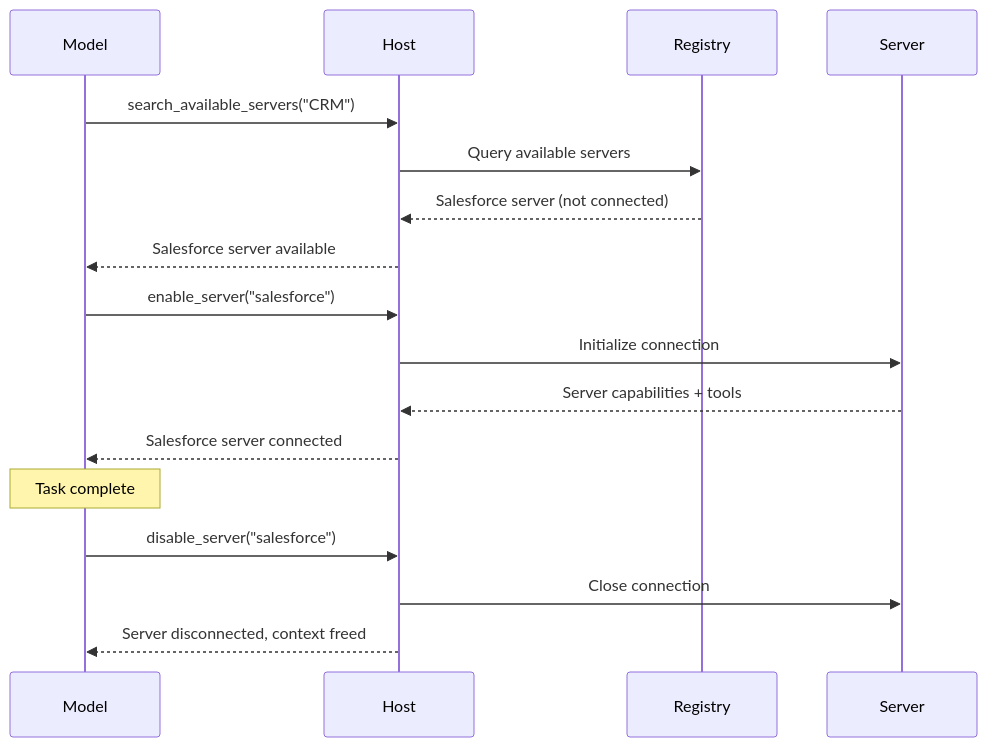
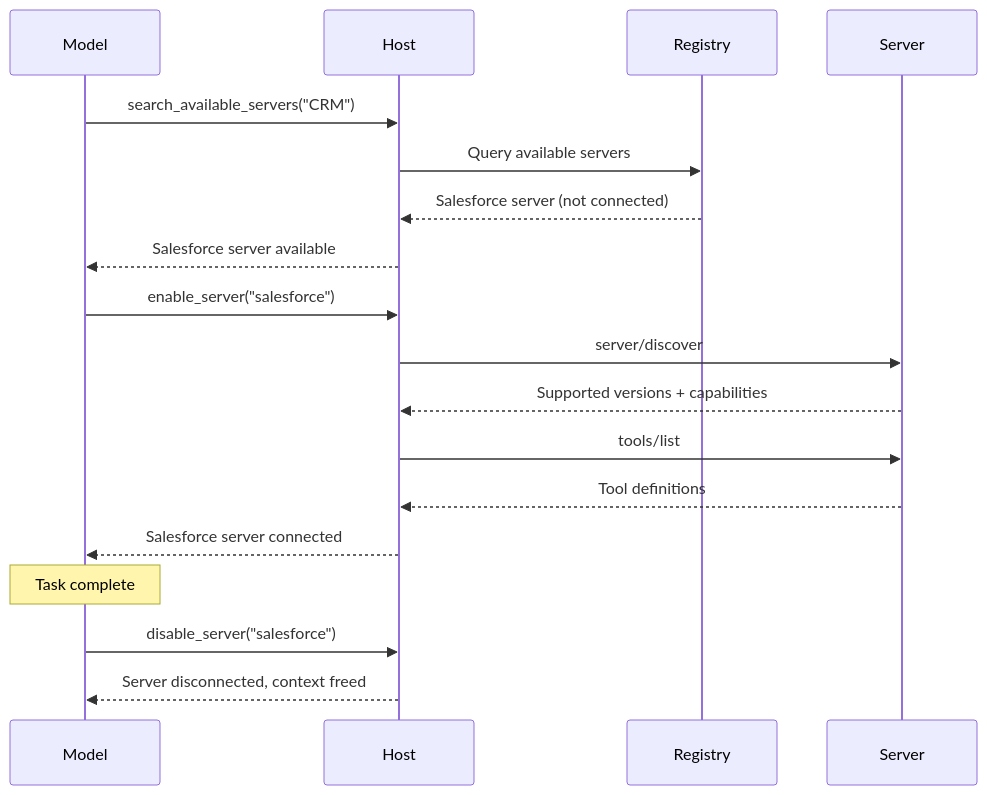
The first of 2 diagrams in content/mcp/docs/develop/clients/client-best-practices.md (thevibeworks/claude-code-docs), drawn with Mermaid before and after one commit. The commit also changed other lines of this file and 1810 other files, not shown here.

````diff
--- a/content/mcp/docs/develop/clients/client-best-practices.md
+++ b/content/mcp/docs/develop/clients/client-best-practices.md
@@ -105,23 +105,24 @@
 ```mermaid theme={null}
 sequenceDiagram
     participant Model
     participant Host
     participant Registry
     participant Server
 
     Model->>Host: search_available_servers("CRM")
     Host->>Registry: Query available servers
     Registry-->>Host: Salesforce server (not connected)
     Host-->>Model: Salesforce server available
 
     Model->>Host: enable_server("salesforce")
-    Host->>Server: Initialize connection
-    Server-->>Host: Server capabilities + tools
+    Host->>Server: server/discover
+    Server-->>Host: Supported versions + capabilities
+    Host->>Server: tools/list
+    Server-->>Host: Tool definitions
     Host-->>Model: Salesforce server connected
 
     Note over Model: Task complete
 
     Model->>Host: disable_server("salesforce")
-    Host->>Server: Close connection
     Host-->>Model: Server disconnected, context freed
 ```
````
